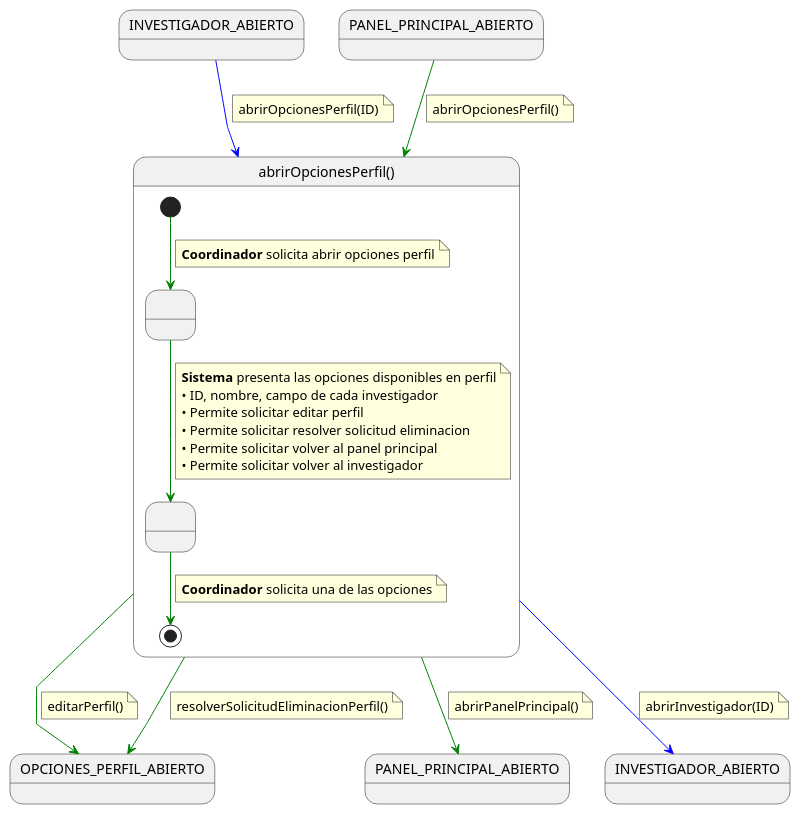
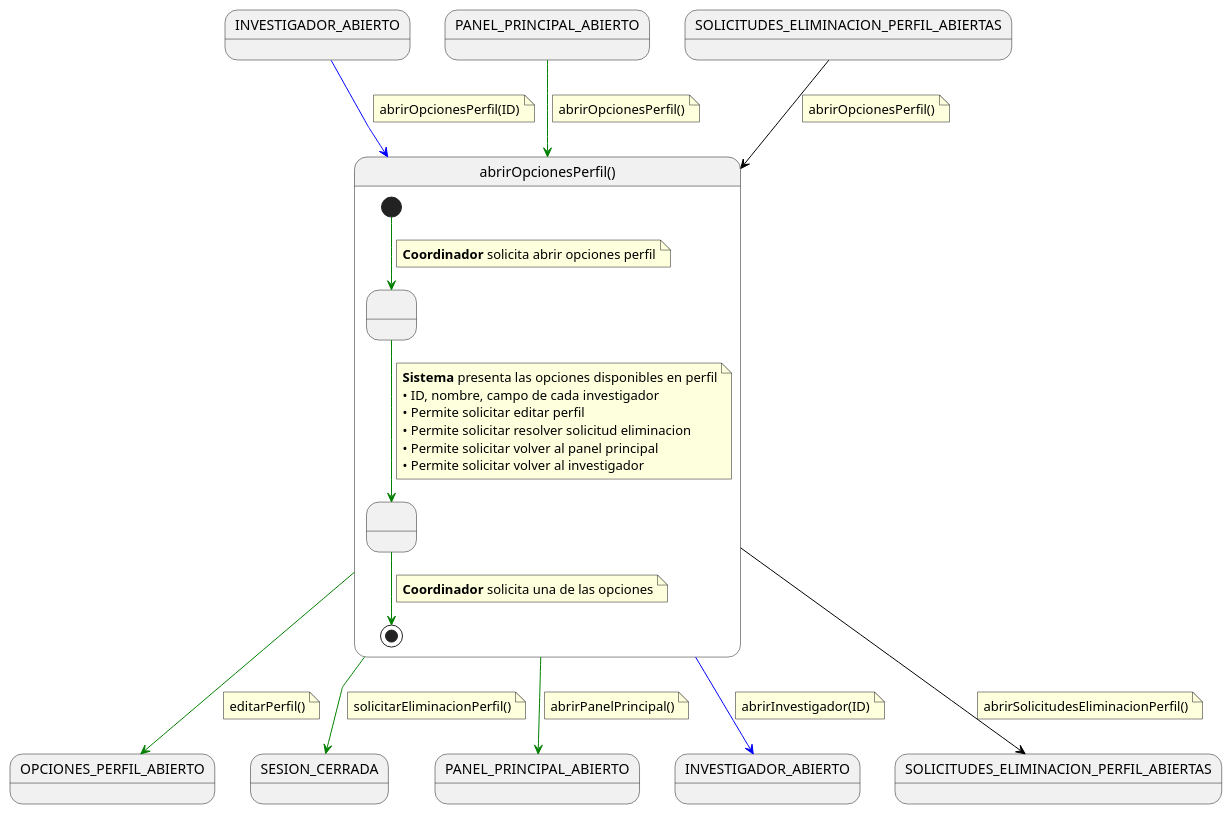
One commit to 31Diego/25-26-IdSw1-SdR changed the diagram in documentación/CasosDeUso/Detalle/Coordinador/05-perfil/abrirOpcionesPerfil.puml. Above: the diagram before and after it, drawn with PlantUML. The commit also changed 20 other files, not shown here.

```diff
--- a/documentación/CasosDeUso/Detalle/Coordinador/05-perfil/abrirOpcionesPerfil.puml
+++ b/documentación/CasosDeUso/Detalle/Coordinador/05-perfil/abrirOpcionesPerfil.puml
@@ -1,72 +1,86 @@
 @startuml abrirOpcionesPerfil
 
 skinparam linetype polyline
 
 state in1 as "INVESTIGADOR_ABIERTO"
 in1 -[#blue]-> abrirOpcionesPerfil
 note on link
 abrirOpcionesPerfil(ID)
 end note
 
 
 state in2 as "PANEL_PRINCIPAL_ABIERTO"
 in2 -[#green]-> abrirOpcionesPerfil
+note on link
+abrirOpcionesPerfil()
+end note
+
+
+state in3 as "SOLICITUDES_ELIMINACION_PERFIL_ABIERTAS"
+in3 -[#Black]-> abrirOpcionesPerfil
 note on link
 abrirOpcionesPerfil()
 end note
 
 
 
 state abrirOpcionesPerfil as "abrirOpcionesPerfil()" {
 
     state " " as MostrandoLista
     state " " as FiltrandoLista
 
     [*] -[#green]-> MostrandoLista 
     note on link
     <b>Coordinador</b> solicita abrir opciones perfil
     end note    
     
     MostrandoLista -[#green]-> FiltrandoLista
     note on link
     <b>Sistema</b> presenta las opciones disponibles en perfil
     • ID, nombre, campo de cada investigador
     • Permite solicitar editar perfil
     • Permite solicitar resolver solicitud eliminacion
     • Permite solicitar volver al panel principal
     • Permite solicitar volver al investigador
     end note
     
     FiltrandoLista -[#green]-> [*]
     note on link
     <b>Coordinador</b> solicita una de las opciones
     end note
 }
 
 abrirOpcionesPerfil -[#green]-> OPCIONES_PERFIL_ABIERTO
 note on link
 editarPerfil()
 end note
 
 
-abrirOpcionesPerfil -[#green]-> OPCIONES_PERFIL_ABIERTO
+abrirOpcionesPerfil -[#green]-> SESION_CERRADA
 note on link
-resolverSolicitudEliminacionPerfil()
+solicitarEliminacionPerfil()
 end note
 
 
 
 abrirOpcionesPerfil -[#green]-> PANEL_PRINCIPAL_ABIERTO
 note on link
 abrirPanelPrincipal()
 end note
 
 abrirOpcionesPerfil -[#blue]-> INVESTIGADOR_ABIERTO
 note on link
 abrirInvestigador(ID)
 end note
 
 
+abrirOpcionesPerfil -[#Black]-> SOLICITUDES_ELIMINACION_PERFIL_ABIERTAS
+note on link
+abrirSolicitudesEliminacionPerfil()
+end note
+
+
+
 
 
 @enduml
```
